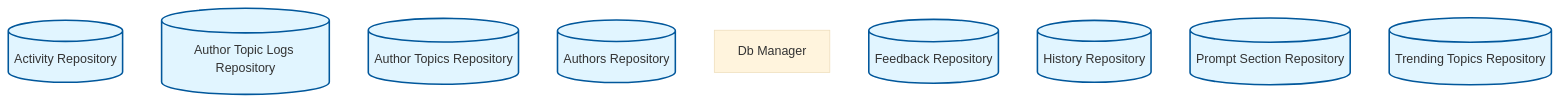
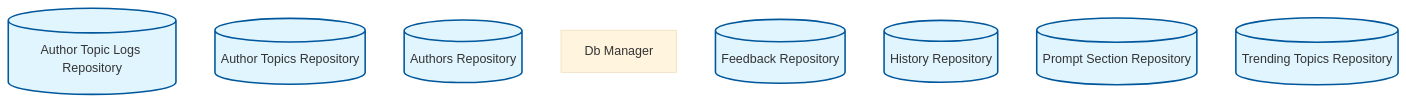
One commit to rpnunez/wp-ai-scheduler changed the eighth of 10 diagrams in docs/feature-report.md. Above: the diagram before and after it, drawn with Mermaid (base theme). The commit also changed other lines of this file, not shown here.

````diff
--- a/docs/feature-report.md
+++ b/docs/feature-report.md
@@ -308,20 +311,19 @@
 ```mermaid
 flowchart TD
     %% Database Architecture
 
-    Activity_Repository[("Activity Repository")]
     Author_Topic_Logs_Repository[("Author Topic Logs Repository")]
     Author_Topics_Repository[("Author Topics Repository")]
     Authors_Repository[("Authors Repository")]
     DB_Manager["Db Manager"]
     Feedback_Repository[("Feedback Repository")]
     History_Repository[("History Repository")]
     Prompt_Section_Repository[("Prompt Section Repository")]
     Trending_Topics_Repository[("Trending Topics Repository")]
 
 
     classDef repository fill:#e1f5ff,stroke:#01579b,stroke-width:2px
     classDef service fill:#fff3e0,stroke:#e65100,stroke-width:2px
     classDef controller fill:#f3e5f5,stroke:#4a148c,stroke-width:2px
-    class Activity_Repository,Author_Topic_Logs_Repository,Author_Topics_Repository,Authors_Repository,Feedback_Repository,History_Repository,Prompt_Section_Repository,Trending_Topics_Repository repository
+    class Author_Topic_Logs_Repository,Author_Topics_Repository,Authors_Repository,Feedback_Repository,History_Repository,Prompt_Section_Repository,Trending_Topics_Repository repository
 ```
````
